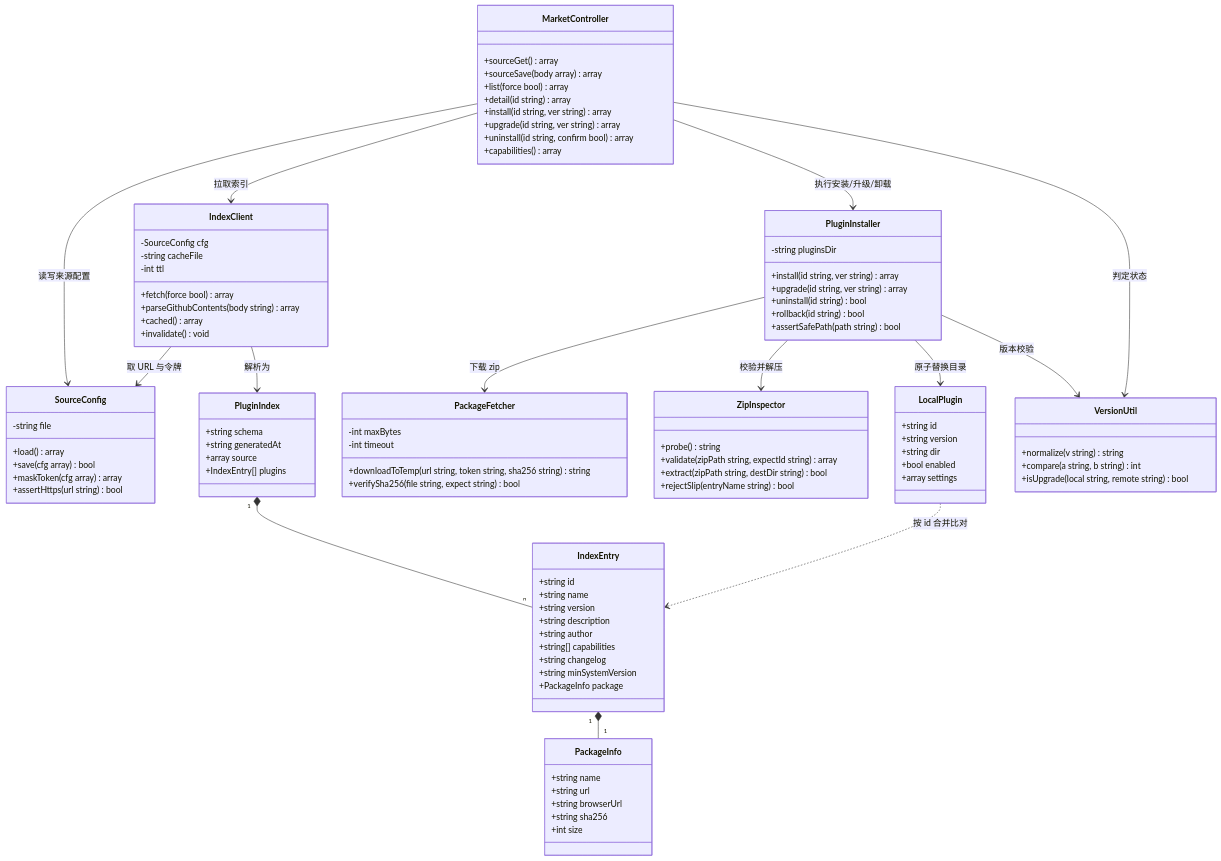
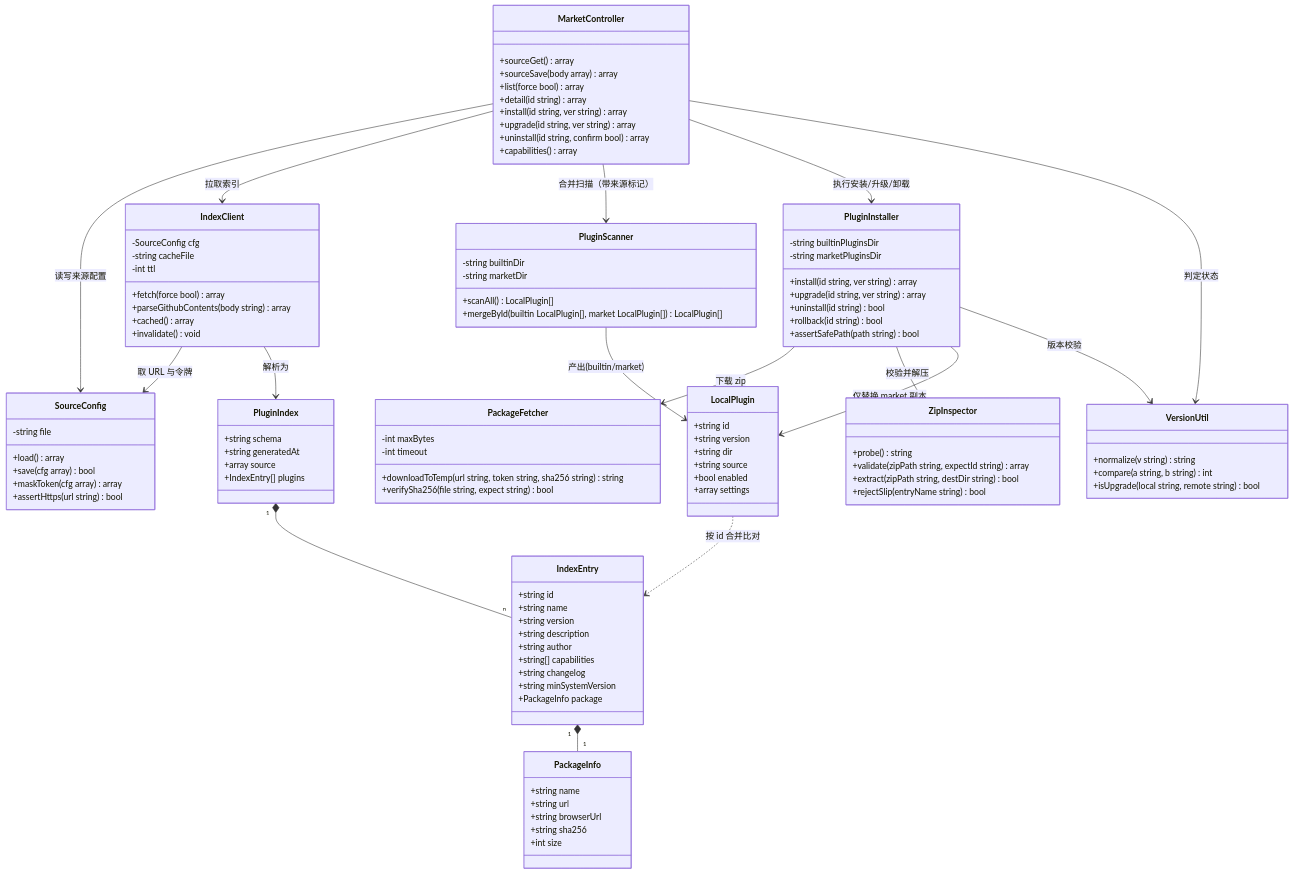
Before and after one commit to c1as/baogong-system: the diagram in docs/class-diagram.mermaid, drawn with Mermaid.

Commit message:
docs/v1.1: 类图同步双目录策略

```diff
--- a/docs/class-diagram.mermaid
+++ b/docs/class-diagram.mermaid
@@ -1,99 +1,111 @@
 %% 报工系统 · 插件市场 —— 类图
-%% 来源：docs/插件市场-架构设计.md §A.3.1
+%% 来源：docs/插件市场-架构设计.md §A.3.1（v1.1 增量修订：双目录策略）
+%% v1.1 变更：builtinPluginsDir = public/plugins（必备只读，随 web 包覆盖，不排除）；marketPluginsDir = data/market-plugins（市场唯一写根，App 热更天然零覆盖）
+%% v1.1 变更：PluginInstaller 拆出双目录常量；新增 PluginScanner（合并扫描、同名 market 优先）；LocalPlugin.source 标记 builtin/market
 classDiagram
     class SourceConfig {
         -string file
         +load() array
         +save(cfg array) bool
         +maskToken(cfg array) array
         +assertHttps(url string) bool
     }
     class IndexClient {
         -SourceConfig cfg
         -string cacheFile
         -int ttl
         +fetch(force bool) array
         +parseGithubContents(body string) array
         +cached() array
         +invalidate() void
     }
     class VersionUtil {
         +normalize(v string) string
         +compare(a string, b string) int
         +isUpgrade(local string, remote string) bool
     }
     class PackageFetcher {
         -int maxBytes
         -int timeout
         +downloadToTemp(url string, token string, sha256 string) string
         +verifySha256(file string, expect string) bool
     }
     class ZipInspector {
         +probe() string
         +validate(zipPath string, expectId string) array
         +extract(zipPath string, destDir string) bool
         +rejectSlip(entryName string) bool
     }
     class PluginInstaller {
-        -string pluginsDir
+        -string builtinPluginsDir
+        -string marketPluginsDir
         +install(id string, ver string) array
         +upgrade(id string, ver string) array
         +uninstall(id string) bool
         +rollback(id string) bool
         +assertSafePath(path string) bool
+    }
+    class PluginScanner {
+        -string builtinDir
+        -string marketDir
+        +scanAll() LocalPlugin[]
+        +mergeById(builtin LocalPlugin[], market LocalPlugin[]) LocalPlugin[]
     }
     class MarketController {
         +sourceGet() array
         +sourceSave(body array) array
         +list(force bool) array
         +detail(id string) array
         +install(id string, ver string) array
         +upgrade(id string, ver string) array
         +uninstall(id string, confirm bool) array
         +capabilities() array
     }
     class PluginIndex {
         +string schema
         +string generatedAt
         +array source
         +IndexEntry[] plugins
     }
     class IndexEntry {
         +string id
         +string name
         +string version
         +string description
         +string author
         +string[] capabilities
         +string changelog
         +string minSystemVersion
         +PackageInfo package
     }
     class PackageInfo {
         +string name
         +string url
         +string browserUrl
         +string sha256
         +int size
     }
     class LocalPlugin {
         +string id
         +string version
         +string dir
+        +string source
         +bool enabled
         +array settings
     }
 
     MarketController --> SourceConfig : 读写来源配置
     MarketController --> IndexClient : 拉取索引
+    MarketController --> PluginScanner : 合并扫描（带来源标记）
     MarketController --> PluginInstaller : 执行安装/升级/卸载
     MarketController --> VersionUtil : 判定状态
     IndexClient --> SourceConfig : 取 URL 与令牌
     IndexClient --> PluginIndex : 解析为
+    PluginScanner --> LocalPlugin : 产出(builtin/market)
     PluginInstaller --> PackageFetcher : 下载 zip
     PluginInstaller --> ZipInspector : 校验并解压
-    PluginInstaller --> LocalPlugin : 原子替换目录
+    PluginInstaller --> LocalPlugin : 仅替换 market 副本
     PluginInstaller --> VersionUtil : 版本校验
     PluginIndex "1" *-- "n" IndexEntry
     IndexEntry "1" *-- "1" PackageInfo
     LocalPlugin ..> IndexEntry : 按 id 合并比对
```
